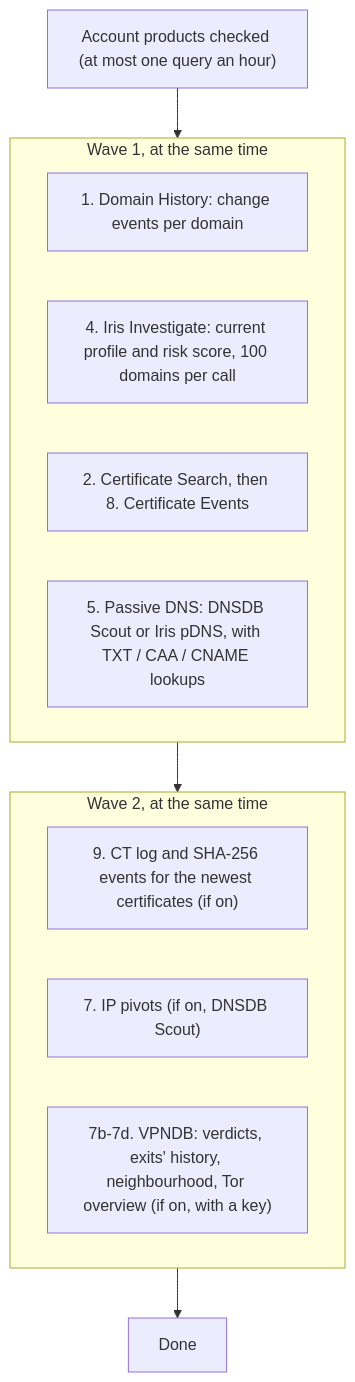
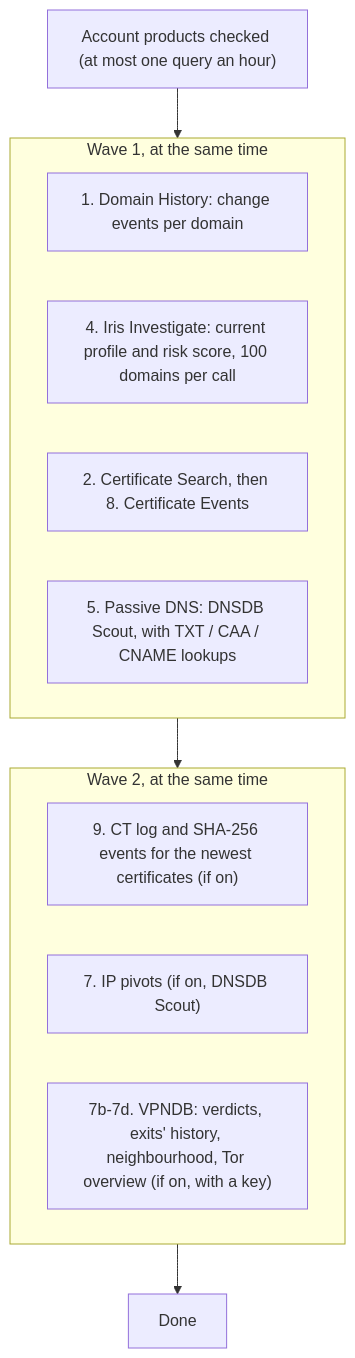
The fourth of 8 diagrams in docs/WORKFLOWS.md (mmesojedec/DomainTools_Analysis_Detection), drawn with Mermaid before and after one commit. The commit also changed other lines of this file and 34 other files, not shown here.

````diff
--- a/docs/WORKFLOWS.md
+++ b/docs/WORKFLOWS.md
@@ -111,17 +110,17 @@
 ```mermaid
 flowchart TD
     A["Account products checked (at most one query an hour)"] --> W1
     subgraph W1["Wave 1, at the same time"]
         S1["1. Domain History: change events per domain"]
         S4["4. Iris Investigate: current profile and risk score, 100 domains per call"]
         S2["2. Certificate Search, then 8. Certificate Events"]
-        S5["5. Passive DNS: DNSDB Scout or Iris pDNS, with TXT / CAA / CNAME lookups"]
+        S5["5. Passive DNS: DNSDB Scout, with TXT / CAA / CNAME lookups"]
     end
     W1 --> W2
     subgraph W2["Wave 2, at the same time"]
         S9["9. CT log and SHA-256 events for the newest certificates (if on)"]
         S7["7. IP pivots (if on, DNSDB Scout)"]
         S7w["7b-7d. VPNDB: verdicts, exits' history, neighbourhood, Tor overview (if on, with a key)"]
     end
     W2 --> Z["Done"]
 ```
````
